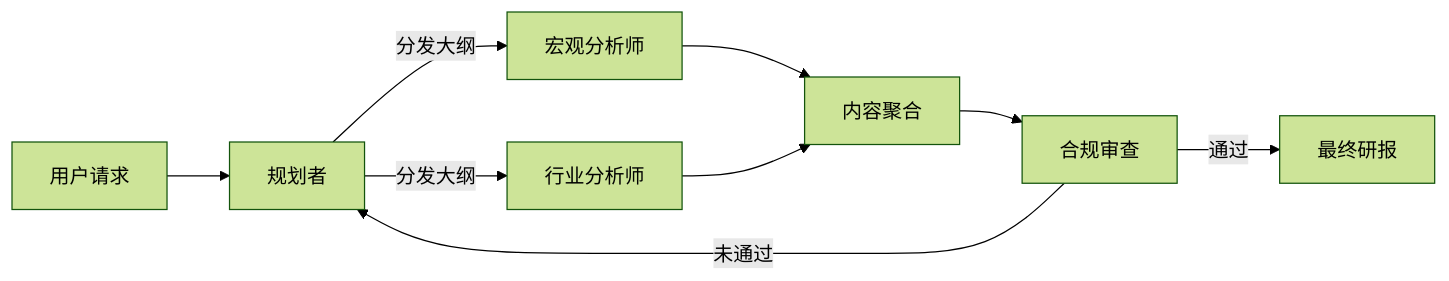
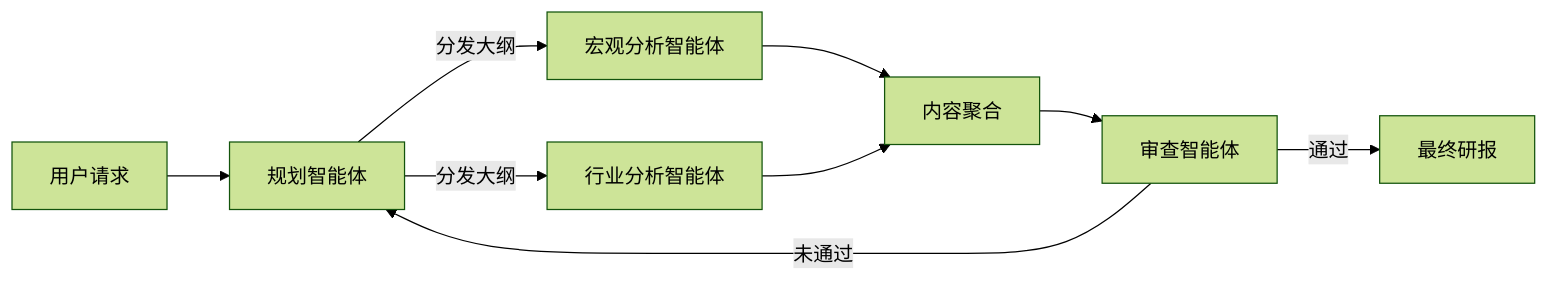
Before and after one commit to yeasy/agentic_ai_guide: the diagram in 01_paradigm/1.5_agentic_workflow.md, drawn with Mermaid (forest theme). The commit also changed other lines of this file and 1 other file, not shown here.

````diff
--- a/01_paradigm/1.5_agentic_workflow.md
+++ b/01_paradigm/1.5_agentic_workflow.md
@@ -143,10 +140,10 @@
     ```mermaid
     graph LR
-        User[用户请求] --> Planner[规划者]
-        Planner -->|分发大纲| WriterA[宏观分析师]
-        Planner -->|分发大纲| WriterB[行业分析师]
+        User[用户请求] --> Planner[规划智能体]
+        Planner -->|分发大纲| WriterA[宏观分析智能体]
+        Planner -->|分发大纲| WriterB[行业分析智能体]
         WriterA & WriterB --> aggregator[内容聚合]
-        aggregator --> Reviewer[合规审查]
+        aggregator --> Reviewer[审查智能体]
         Reviewer -->|未通过| Planner
         Reviewer -->|通过| Output[最终研报]
     ```
````
